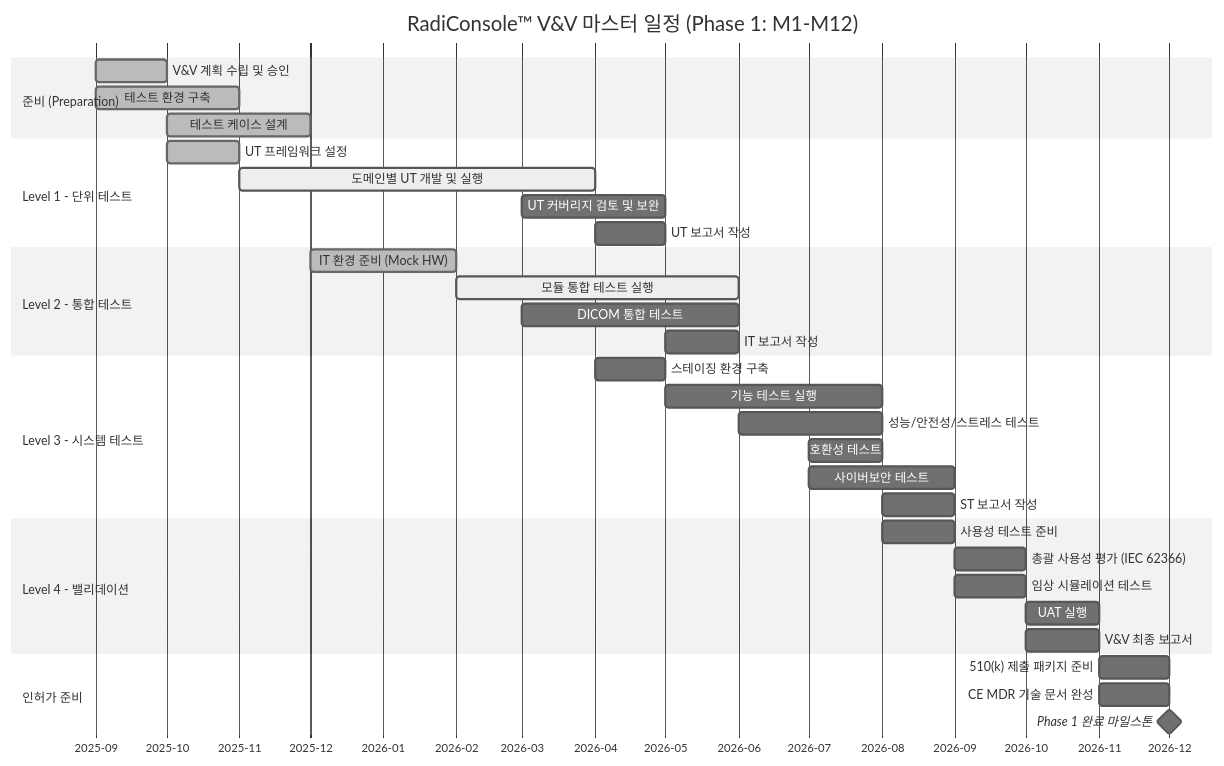
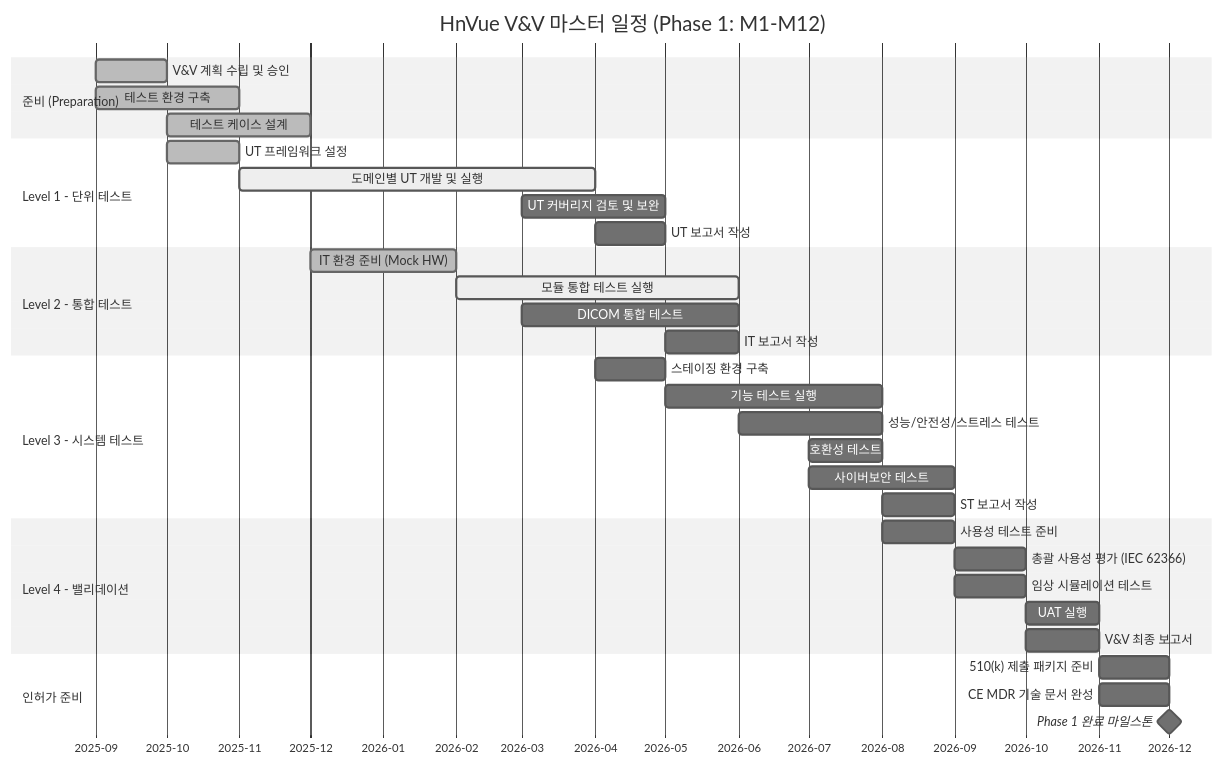
One commit to holee9/console-gui changed diagram 11 of 11 in docs/verification/DOC-011_VV_Master_Plan_v1.0.md. Above: the diagram before and after it, drawn with Mermaid (neutral theme). The commit also changed other lines of this file and 40 other files, not shown here.

````diff
--- a/docs/verification/DOC-011_VV_Master_Plan_v1.0.md
+++ b/docs/verification/DOC-011_VV_Master_Plan_v1.0.md
@@ -867,43 +867,43 @@
 ```mermaid
 gantt
-    title RadiConsole™ V&V 마스터 일정 (Phase 1: M1-M12)
+    title HnVue V&V 마스터 일정 (Phase 1: M1-M12)
     dateFormat  YYYY-MM
     axisFormat  %Y-%m
 
     section 준비 (Preparation)
     V&V 계획 수립 및 승인          :done,    vvp,   2025-09, 2025-10
     테스트 환경 구축               :done,    env,   2025-09, 2025-11
     테스트 케이스 설계             :done,    tcd,   2025-10, 2025-12
 
     section Level 1 - 단위 테스트
     UT 프레임워크 설정              :done,    utf,   2025-10, 2025-11
     도메인별 UT 개발 및 실행        :active,  utex,  2025-11, 2026-04
     UT 커버리지 검토 및 보완        :         utcov, 2026-03, 2026-05
     UT 보고서 작성                  :         utrpt, 2026-04, 2026-05
 
     section Level 2 - 통합 테스트
     IT 환경 준비 (Mock HW)          :done,    ite,   2025-12, 2026-02
     모듈 통합 테스트 실행           :active,  itex,  2026-02, 2026-06
     DICOM 통합 테스트              :         dcit,  2026-03, 2026-06
     IT 보고서 작성                  :         itrpt, 2026-05, 2026-06
 
     section Level 3 - 시스템 테스트
     스테이징 환경 구축              :         ste,   2026-04, 2026-05
     기능 테스트 실행               :         stex,  2026-05, 2026-08
     성능/안전성/스트레스 테스트     :         stpf,  2026-06, 2026-08
     호환성 테스트                  :         stco,  2026-07, 2026-08
     사이버보안 테스트              :         csec,  2026-07, 2026-09
     ST 보고서 작성                  :         strpt, 2026-08, 2026-09
 
     section Level 4 - 밸리데이션
     사용성 테스트 준비              :         utp,   2026-08, 2026-09
     총괄 사용성 평가 (IEC 62366)   :         ute,   2026-09, 2026-10
     임상 시뮬레이션 테스트         :         cst,   2026-09, 2026-10
     UAT 실행                        :         uat,   2026-10, 2026-11
     V&V 최종 보고서                 :         vvrpt, 2026-10, 2026-11
 
     section 인허가 준비
     510(k) 제출 패키지 준비         :         fda,   2026-11, 2026-12
     CE MDR 기술 문서 완성          :         ce,    2026-11, 2026-12
     Phase 1 완료 마일스톤           :milestone, m1,  2026-12, 0d
 ```
````
